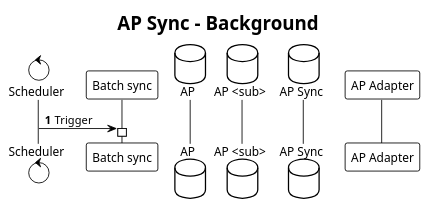
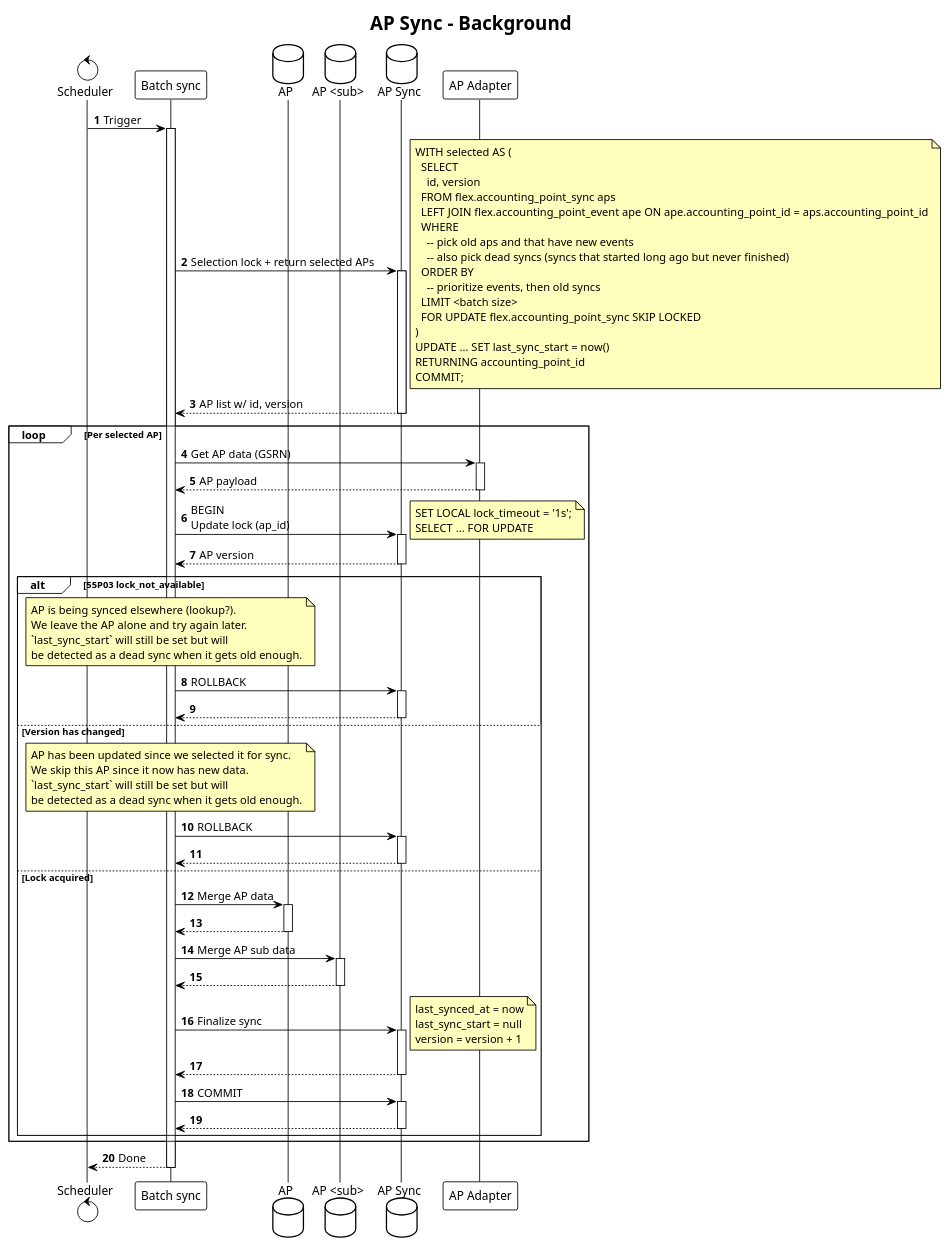
One commit to elhub/flex-information-system changed the diagram in docs/diagrams/accounting-point-sync-background.plantuml. Above: the diagram before and after it, drawn with PlantUML. The commit also changed 9 other files, not shown here.

```diff
--- a/docs/diagrams/accounting-point-sync-background.plantuml
+++ b/docs/diagrams/accounting-point-sync-background.plantuml
@@ -1,20 +1,88 @@
 @startuml accounting-point-sync-background
 !theme plain
 
 title AP Sync - Background
 
 autonumber
 autoactivate on
 skinparam note {
     BackgroundColor #FFFFBD
 }
 
 control "Scheduler" as SCH
 participant "Batch sync" as BS
 database "AP" as AP
 database "AP <sub>" as APSUB
 database "AP Sync" as APS
 participant "AP Adapter" as APA
 
 SCH -> BS: Trigger
+BS -> APS: Selection lock + return selected APs
+note right
+    WITH selected AS (
+      SELECT
+        id, version
+      FROM flex.accounting_point_sync aps
+      LEFT JOIN flex.accounting_point_event ape ON ape.accounting_point_id = aps.accounting_point_id
+      WHERE
+        -- pick old aps and that have new events
+        -- also pick dead syncs (syncs that started long ago but never finished)
+      ORDER BY
+        -- prioritize events, then old syncs
+      LIMIT <batch size>
+      FOR UPDATE flex.accounting_point_sync SKIP LOCKED
+    )
+    UPDATE ... SET last_sync_start = now()
+    RETURNING accounting_point_id
+    COMMIT;
+end note
+APS --> BS: AP list w/ id, version
+
+loop Per selected AP
+    BS -> APA: Get AP data (GSRN)
+    APA --> BS: AP payload
+
+    BS -> APS: BEGIN\nUpdate lock (ap_id)
+    note right
+        SET LOCAL lock_timeout = '1s';
+        SELECT ... FOR UPDATE
+    end note
+    return AP version
+
+    alt 55P03 lock_not_available
+        note over BS
+            AP is being synced elsewhere (lookup?).
+            We leave the AP alone and try again later.
+            `last_sync_start` will still be set but will
+            be detected as a dead sync when it gets old enough.
+        end note
+        BS -> APS: ROLLBACK
+        return
+    else Version has changed
+        note over BS
+            AP has been updated since we selected it for sync.
+            We skip this AP since it now has new data.
+            `last_sync_start` will still be set but will
+            be detected as a dead sync when it gets old enough.
+        end note
+        BS -> APS: ROLLBACK
+        return
+    else Lock acquired
+        BS -> AP: Merge AP data
+        return
+        BS -> APSUB: Merge AP sub data
+        return
+        BS -> APS: Finalize sync
+        note right
+            last_synced_at = now
+            last_sync_start = null
+            version = version + 1
+        end note
+        return
+        BS -> APS: COMMIT
+        return
+    end
+end
+
+BS --> SCH: Done
 @enduml
```
